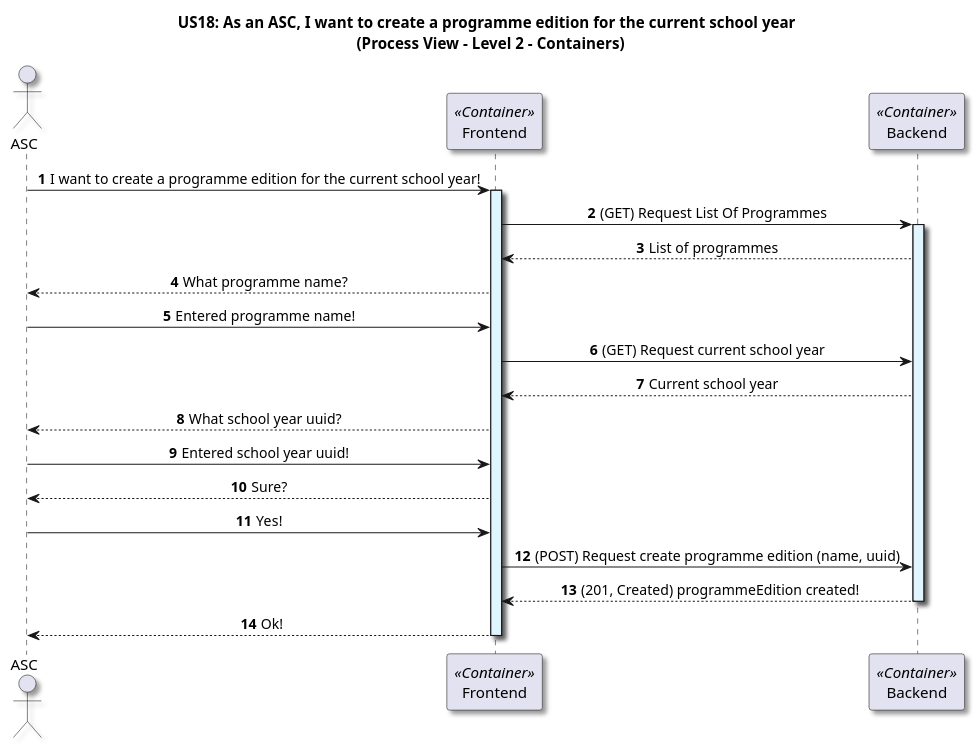
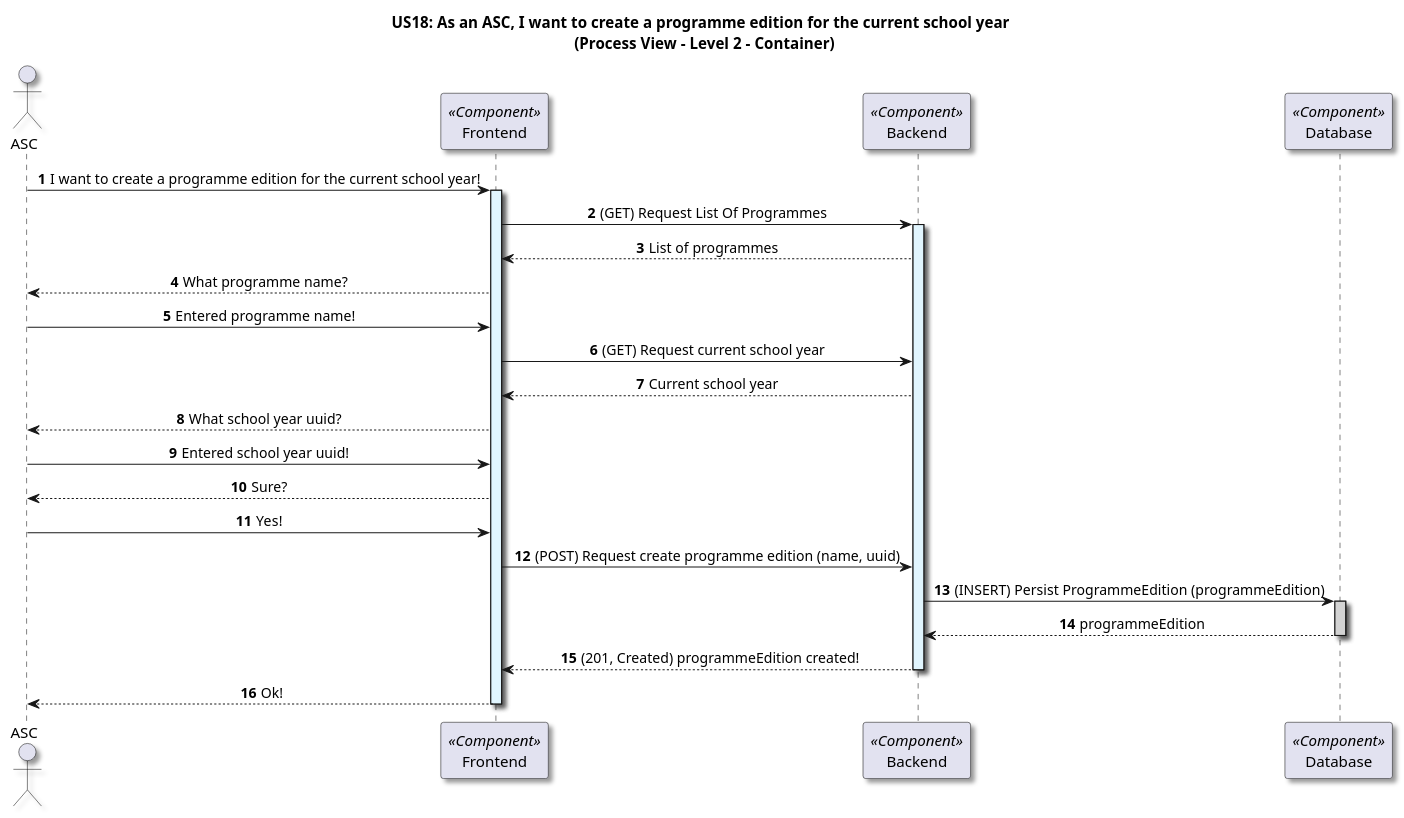
One commit to GasparISEP/DevOps-PAI changed the diagram in docs/US18/Sprint6_RestAPI/ProcessView/Level2.puml. Above: the diagram before and after it, drawn with PlantUML.

Commit message:
Minor alterations to Level 2 Process Diagram for functionality CreateProgrammeEditionForCurrentSchoolYear - refs #534 #550

```diff
--- a/docs/US18/Sprint6_RestAPI/ProcessView/Level2.puml
+++ b/docs/US18/Sprint6_RestAPI/ProcessView/Level2.puml
@@ -1,47 +1,53 @@
 @startuml
 
-title US18: As an ASC, I want to create a programme edition for the current school year \n (Process View - Level 2 - Containers)
+title US18: As an ASC, I want to create a programme edition for the current school year \n (Process View - Level 2 - Container)
 
 skinparam componentStyle component
 skinparam defaultTextAlignment center
 skinparam shadowing true
 
 autonumber
 
 actor ASC as ASC
 
-participant "Frontend" as frontend <<Container>>
-participant "Backend" as backend <<Container>>
+participant "Frontend" as frontend <<Component>>
+participant "Backend" as backend <<Component>>
+participant "Database" as DB <<Component>>
 
 ASC -> frontend: I want to create a programme edition for the current school year!
 activate frontend #E1F5FE
 
 frontend -> backend: (GET) Request List Of Programmes
 activate backend #E1F5FE
 backend --> frontend: List of programmes
 
 
 frontend --> ASC: What programme name?
 
 ASC -> frontend: Entered programme name!
 
 
 frontend -> backend: (GET) Request current school year
 backend --> frontend: Current school year
 frontend --> ASC: What school year uuid?
 
 ASC -> frontend: Entered school year uuid!
 
 frontend --> ASC: Sure?
 
 ASC -> frontend: Yes!
 
 frontend -> backend: (POST) Request create programme edition (name, uuid)
 
+backend -> DB: (INSERT) Persist ProgrammeEdition (programmeEdition)
+activate DB #LightGray
+DB --> backend: programmeEdition
+deactivate DB
+
 backend --> frontend: (201, Created) programmeEdition created!
 deactivate backend
 
 frontend --> ASC: Ok!
 deactivate frontend
 
 @enduml
```
